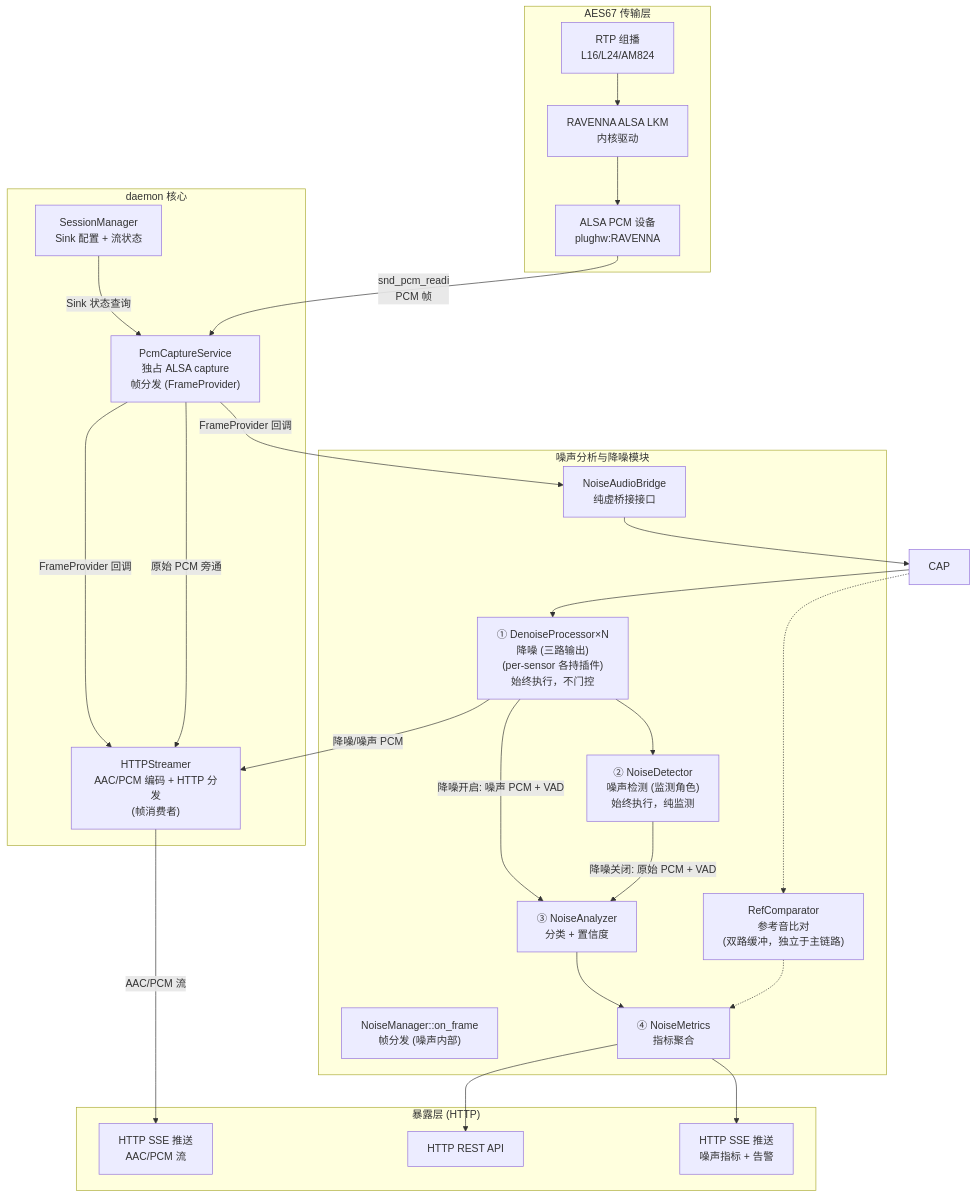
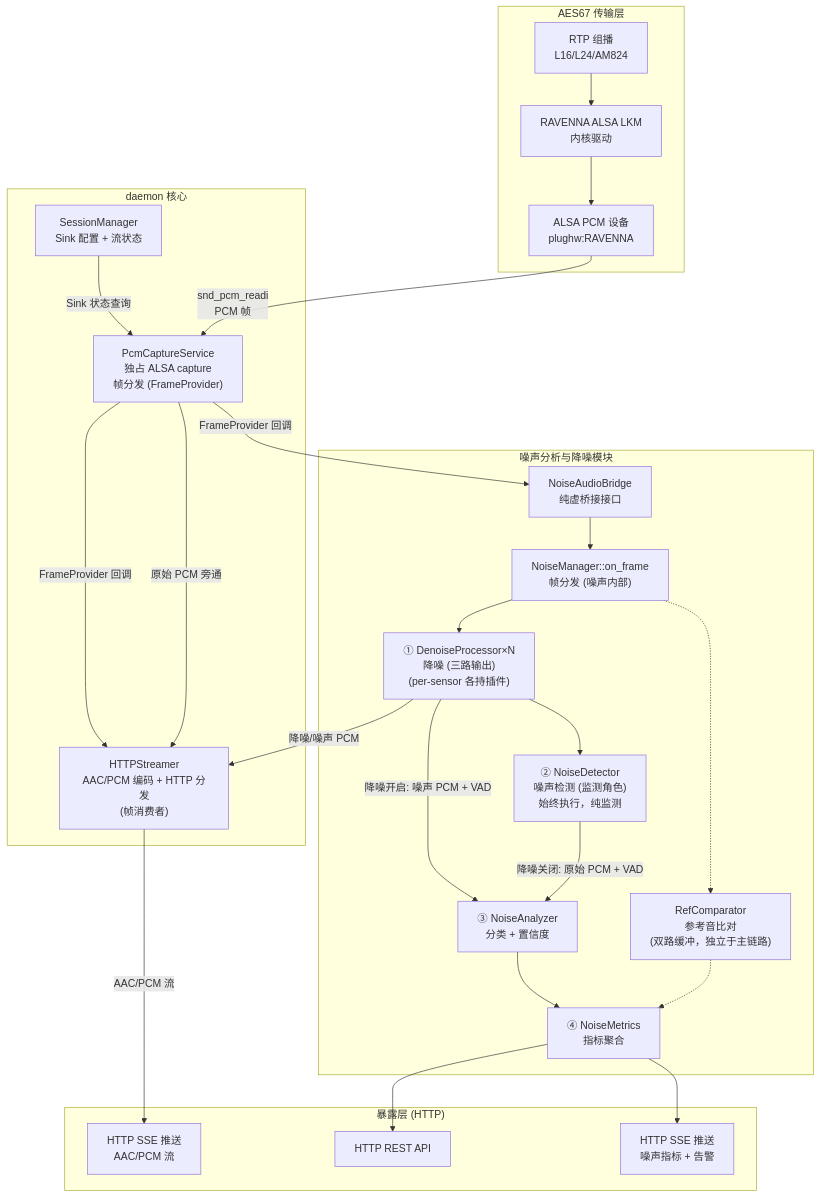
One commit to JunJunHub/aes67-linux-daemon changed the second of 6 diagrams in docs/noise/architecture-design.md. Above: the diagram before and after it, drawn with Mermaid. The commit also changed other lines of this file, not shown here.

Commit message:
docs: 修复 noise 文档架构图错误

````diff
--- a/docs/noise/architecture-design.md
+++ b/docs/noise/architecture-design.md
@@ -176,47 +176,47 @@
 ```mermaid
 flowchart TB
     subgraph AES67["AES67 传输层"]
         RTP["RTP 组播<br/>L16/L24/AM824"]
         LKM["RAVENNA ALSA LKM<br/>内核驱动"]
         ALSA["ALSA PCM 设备<br/>plughw:RAVENNA"]
     end
 
     subgraph CORE["daemon 核心"]
         SM["SessionManager<br/>Sink 配置 + 流状态"]
         PCS["PcmCaptureService<br/>独占 ALSA capture<br/>帧分发 (FrameProvider)"]
         STR["HTTPStreamer<br/>AAC/PCM 编码 + HTTP 分发<br/>(帧消费者)"]
     end
 
     subgraph NOISE["噪声分析与降噪模块"]
         BRIDGE_IF["NoiseAudioBridge<br/>纯虚桥接接口"]
         NM2["NoiseManager::on_frame<br/>帧分发 (噪声内部)"]
-        DNR["① DenoiseProcessor×N<br/>降噪 (三路输出)<br/>(per-sensor 各持插件)<br/>始终执行，不门控"]
+        DNR["① DenoiseProcessor×N<br/>降噪 (三路输出)<br/>(per-sensor 各持插件)"]
         DET["② NoiseDetector<br/>噪声检测 (监测角色)<br/>始终执行，纯监测"]
         ANA["③ NoiseAnalyzer<br/>分类 + 置信度"]
         REF["RefComparator<br/>参考音比对<br/>(双路缓冲，独立于主链路)"]
         MET["④ NoiseMetrics<br/>指标聚合"]
     end
 
     subgraph API["暴露层 (HTTP)"]
         AudioSSE["HTTP SSE 推送<br/>AAC/PCM 流"]
         HTTP["HTTP REST API"]
         NoiseSSE["HTTP SSE 推送<br/>噪声指标 + 告警"]
     end
 
     RTP --> LKM --> ALSA
     SM -->|Sink 状态查询| PCS
     ALSA -->|snd_pcm_readi<br/>PCM 帧| PCS
     PCS -->|FrameProvider 回调| STR
     PCS -->|FrameProvider 回调| BRIDGE_IF
-    BRIDGE_IF --> CAP
-    CAP --> DNR --> DET
+    BRIDGE_IF --> NM2
+    NM2 --> DNR --> DET
     DNR -->|"降噪开启: 噪声 PCM + VAD"| ANA
     DET -->|"降噪关闭: 原始 PCM + VAD"| ANA
     ANA --> MET
-    CAP -.-> REF
+    NM2 -.-> REF
     REF -.-> MET
     MET --> HTTP & NoiseSSE
     PCS -->|原始 PCM 旁通| STR
     DNR -->|降噪/噪声 PCM| STR
     STR -->|AAC/PCM 流| AudioSSE
 ```
````
